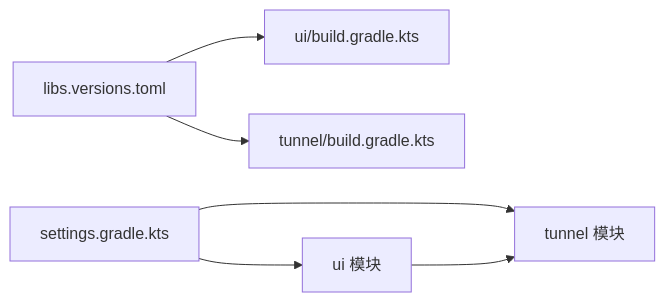
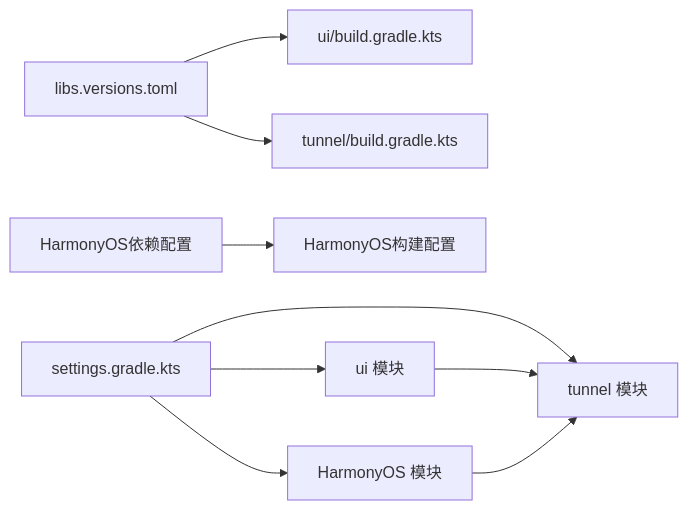
One commit to tea4go/wireguard-android changed the sixth of 6 diagrams in .qoder/repowiki/zh/content/开发指南/开发指南.md. Above: the diagram before and after it, drawn with Mermaid. The commit also changed other lines of this file and 3 other files, not shown here.

````diff
--- a/.qoder/repowiki/zh/content/开发指南/开发指南.md
+++ b/.qoder/repowiki/zh/content/开发指南/开发指南.md
@@ -260,8 +328,11 @@
 ```mermaid
 graph LR
 libs["libs.versions.toml"] --> ui_build["ui/build.gradle.kts"]
 libs --> tunnel_build["tunnel/build.gradle.kts"]
+harmony_deps["HarmonyOS依赖配置"] --> harmony_build["HarmonyOS构建配置"]
 settings["settings.gradle.kts"] --> ui_module["ui 模块"]
 settings --> tunnel_module["tunnel 模块"]
+settings --> harmony_module["HarmonyOS 模块"]
 ui_module --> tunnel_module
+harmony_module --> tunnel_module
 ```
````
